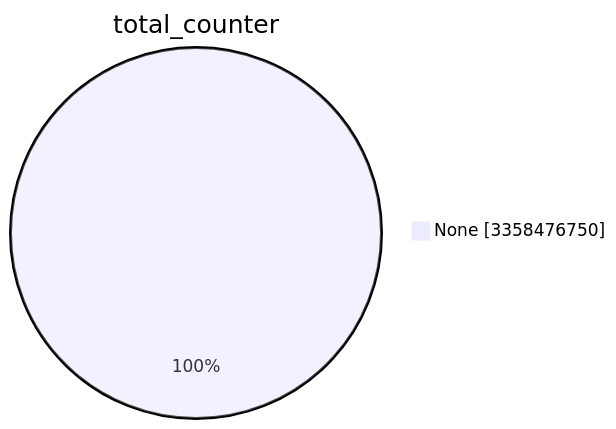
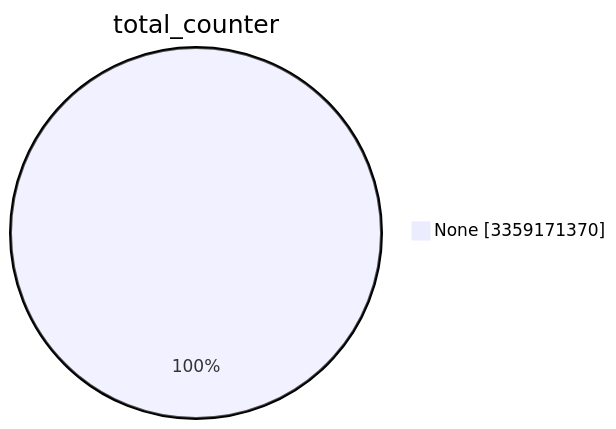
One commit to christiankrug/ctmonitor_visualization changed the first of 15 diagrams in TOTAL/README.md. Above: the diagram before and after it, drawn with Mermaid. The commit also changed other lines of this file, not shown here.

````diff
--- a/TOTAL/README.md
+++ b/TOTAL/README.md
@@ -1,5 +1,5 @@
 ```mermaid
 pie showData
 title total_counter
-"None" :3358476750
+"None" :3359171370
 ```
````
